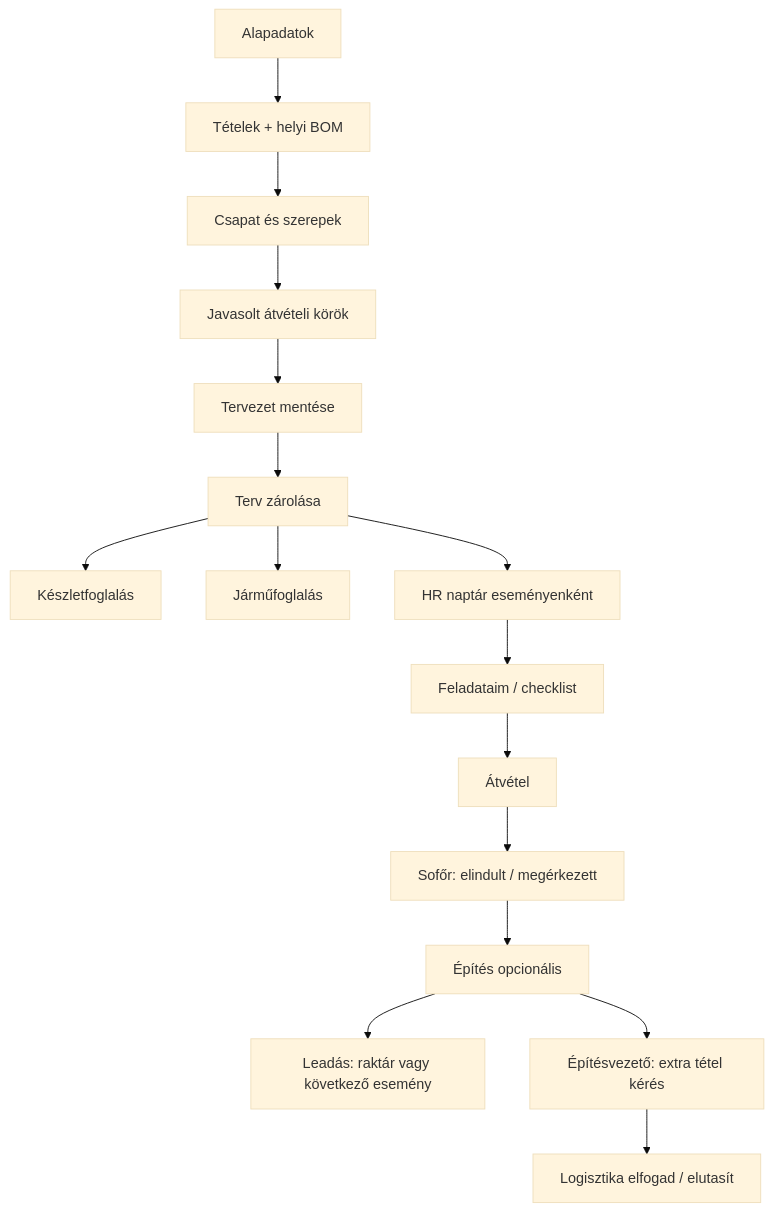
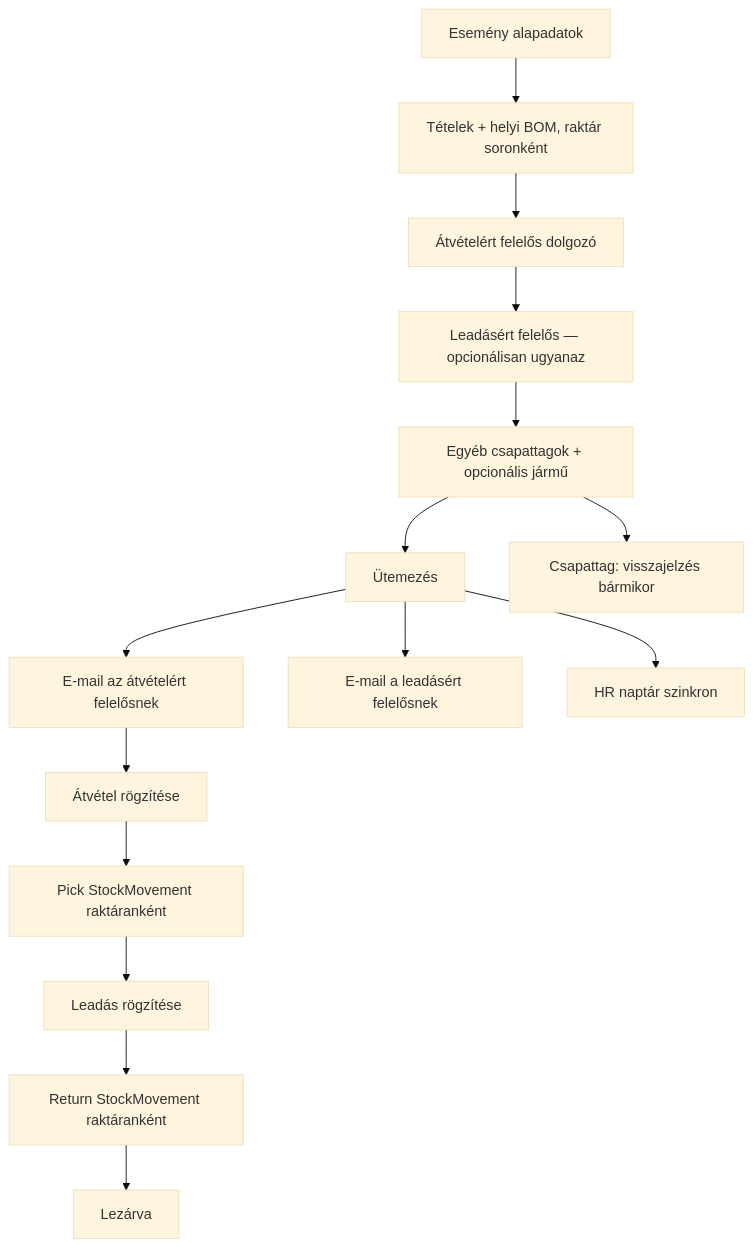
One commit to Tomkoooo/tCrm changed the diagram in docs/logistics.md. Above: the diagram before and after it, drawn with Mermaid (base theme). The commit also changed other lines of this file and 66 other files, not shown here.

````diff
--- a/docs/logistics.md
+++ b/docs/logistics.md
@@ -38,18 +38,17 @@
 ```mermaid
 flowchart TD
-  A[Alapadatok] --> B[Tételek + helyi BOM]
-  B --> C[Csapat és szerepek]
-  C --> D[Javasolt átvételi körök]
-  D --> E[Tervezet mentése]
-  E --> F[Terv zárolása]
-  F --> G[Készletfoglalás]
-  F --> H[Járműfoglalás]
-  F --> I[HR naptár eseményenként]
-  I --> J[Feladataim / checklist]
-  J --> K[Átvétel]
-  K --> L[Sofőr: elindult / megérkezett]
-  L --> M[Építés opcionális]
-  M --> N[Leadás: raktár vagy következő esemény]
-  M --> O[Építésvezető: extra tétel kérés]
-  O --> P[Logisztika elfogad / elutasít]
+  A[Esemény alapadatok] --> B[Tételek + helyi BOM, raktár soronként]
+  B --> C[Átvételért felelős dolgozó]
+  C --> D[Leadásért felelős — opcionálisan ugyanaz]
+  D --> E[Egyéb csapattagok + opcionális jármű]
+  E --> F[Ütemezés]
+  F --> G[E-mail az átvételért felelősnek]
+  F --> H[E-mail a leadásért felelősnek]
+  F --> I[HR naptár szinkron]
+  G --> J[Átvétel rögzítése]
+  J --> K[Pick StockMovement raktáranként]
+  K --> L[Leadás rögzítése]
+  L --> M[Return StockMovement raktáranként]
+  M --> N[Lezárva]
+  E --> O[Csapattag: visszajelzés bármikor]
 ```
````
